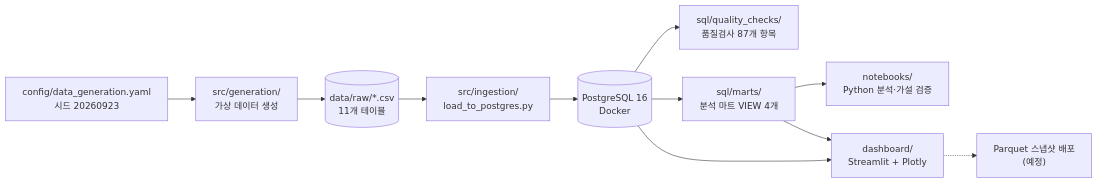
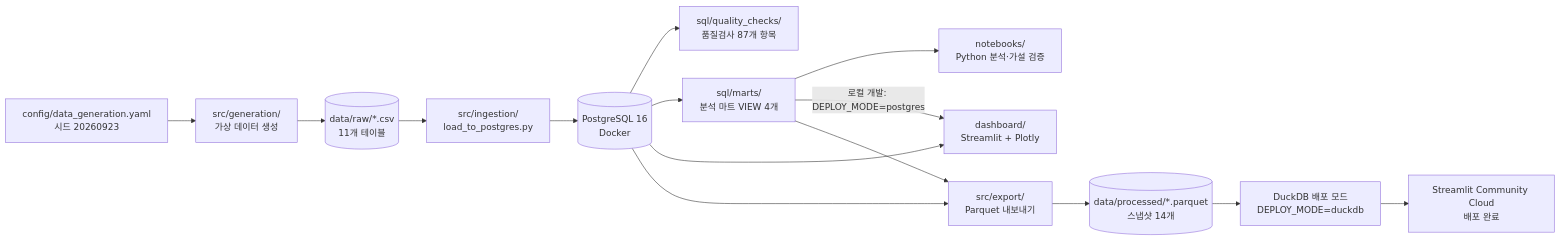
One commit to wjs0951467-wq/fanlog-user-behavior-analytics changed the second of 2 diagrams in README.md. Above: the diagram before and after it, drawn with Mermaid. The commit also changed other lines of this file and 8 other files, not shown here.

````diff
--- a/README.md
+++ b/README.md
@@ -104,13 +104,17 @@
 ```mermaid
 flowchart LR
     A["config/data_generation.yaml<br/>시드 20260923"] --> B["src/generation/<br/>가상 데이터 생성"]
     B --> C[("data/raw/*.csv<br/>11개 테이블")]
     C --> D["src/ingestion/<br/>load_to_postgres.py"]
     D --> E[("PostgreSQL 16<br/>Docker")]
     E --> F["sql/quality_checks/<br/>품질검사 87개 항목"]
     E --> G["sql/marts/<br/>분석 마트 VIEW 4개"]
     G --> H["notebooks/<br/>Python 분석·가설 검증"]
-    G --> I["dashboard/<br/>Streamlit + Plotly"]
+    G -->|"로컬 개발: DEPLOY_MODE=postgres"| I["dashboard/<br/>Streamlit + Plotly"]
     E --> I
-    I -.-> J["Parquet 스냅샷 배포<br/>(예정)"]
+    E --> J["src/export/<br/>Parquet 내보내기"]
+    G --> J
+    J --> K[("data/processed/*.parquet<br/>스냅샷 14개")]
+    K --> L["DuckDB 배포 모드<br/>DEPLOY_MODE=duckdb"]
+    L --> M["Streamlit Community Cloud<br/>배포 완료"]
 ```
````
